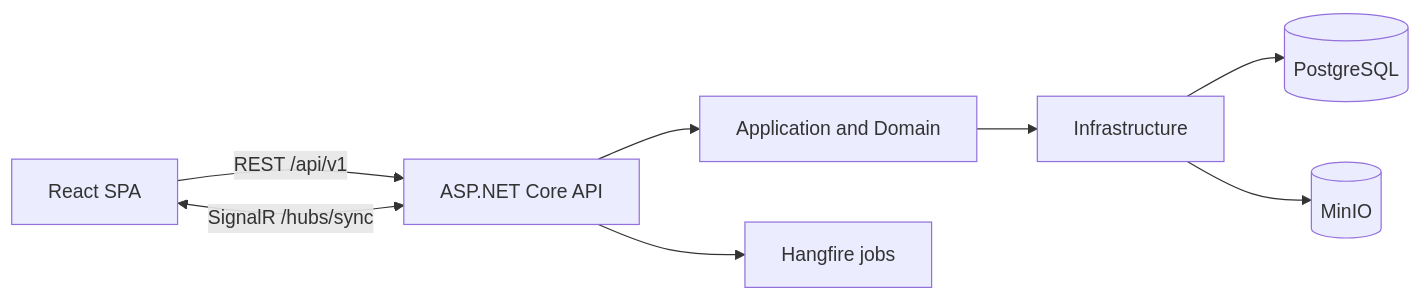
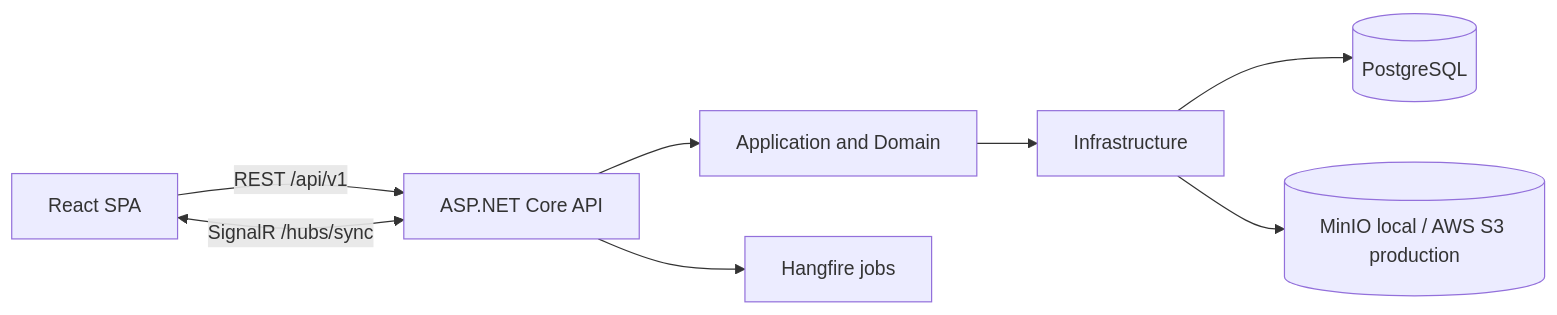
The diagram in README.md (imHoangAnh/FluentA), drawn with Mermaid before and after one commit. The commit also changed other lines of this file and 25 other files, not shown here.

````diff
--- a/README.md
+++ b/README.md
@@ -37,10 +38,10 @@
 ```mermaid
 flowchart LR
     UI["React SPA"] -->|"REST /api/v1"| API["ASP.NET Core API"]
     UI <-->|"SignalR /hubs/sync"| API
     API --> APP["Application and Domain"]
     APP --> INFRA["Infrastructure"]
     INFRA --> PG[("PostgreSQL")]
-    INFRA --> MINIO[("MinIO")]
+    INFRA --> OBJECTS[("MinIO local / AWS S3 production")]
     API --> JOBS["Hangfire jobs"]
 ```
````
